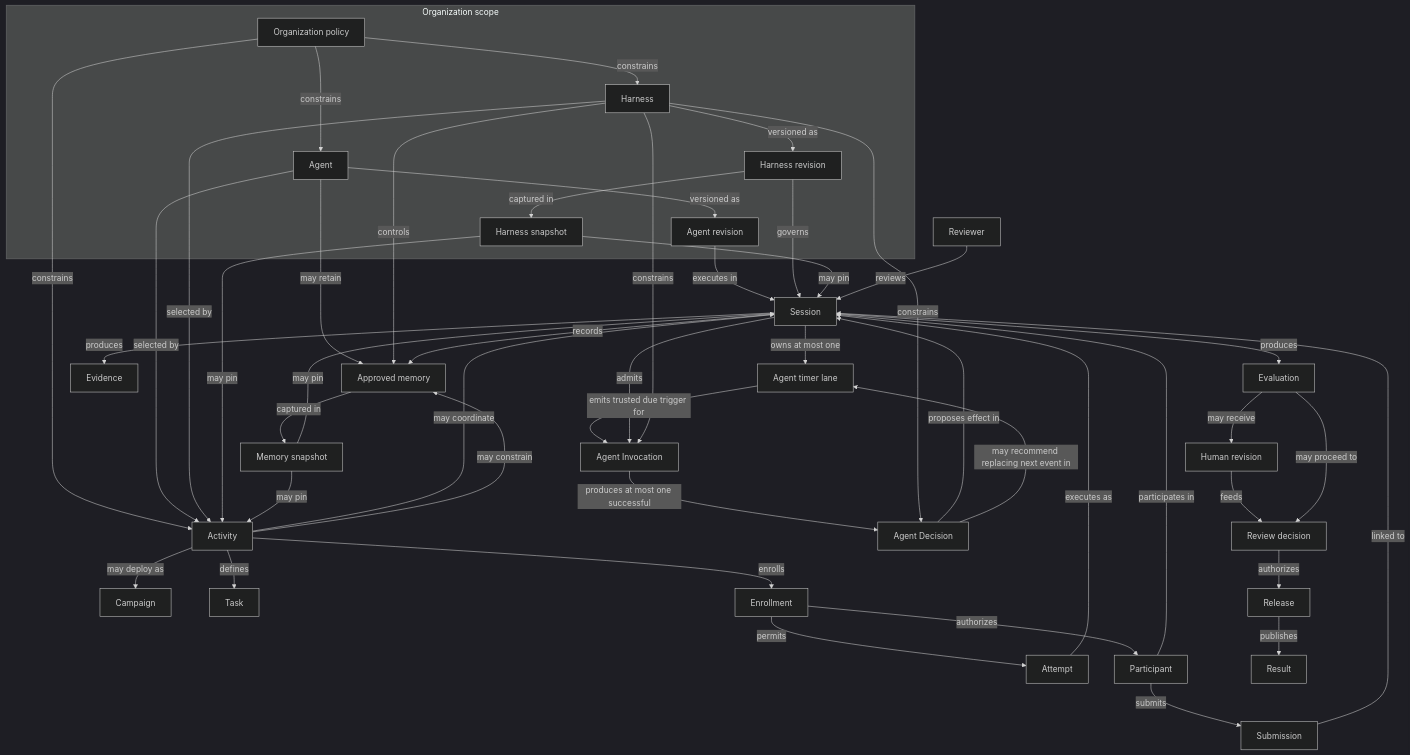
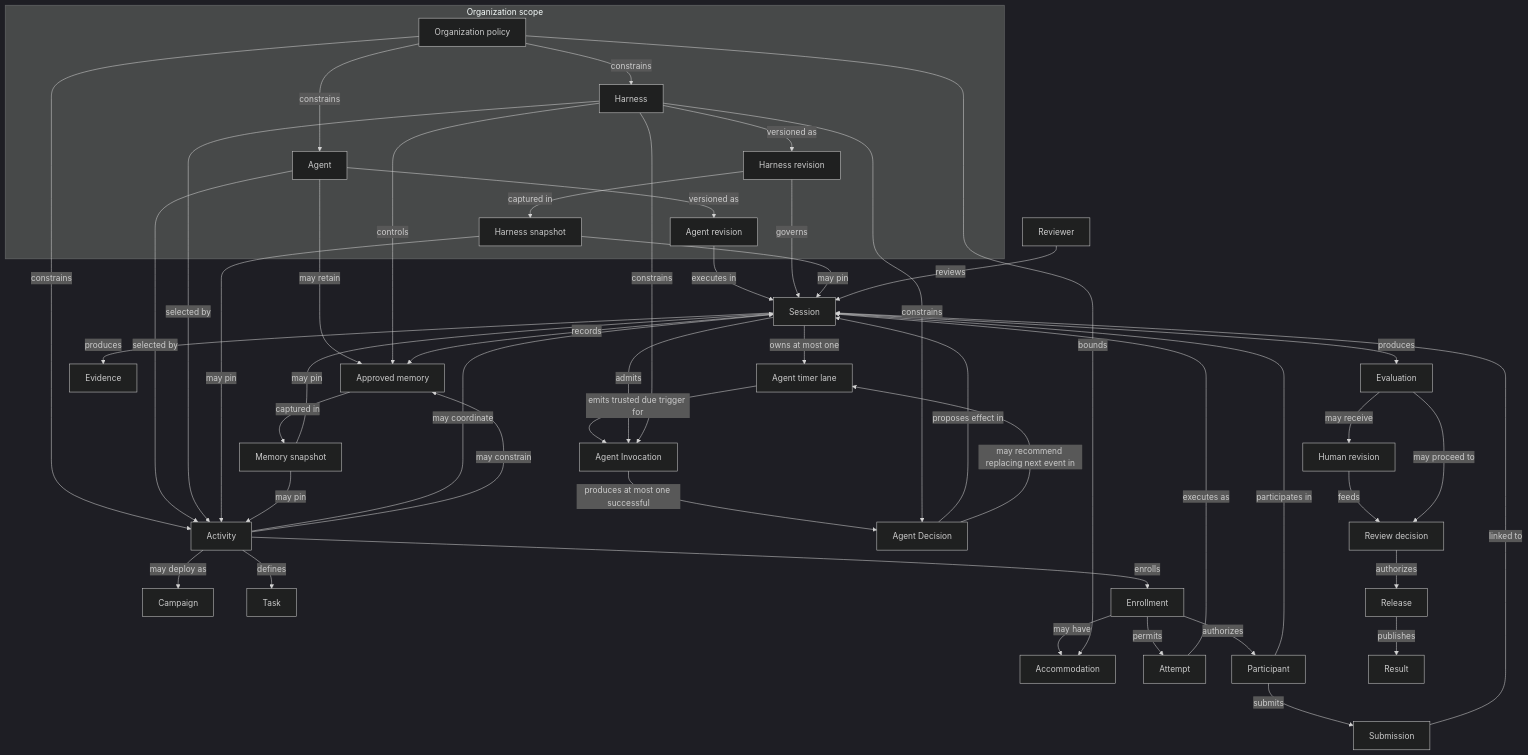
The diagram in docs/product/concept-model.md (trannamtrung1st/flex-agent), drawn with Mermaid (dark theme) before and after one commit. The commit also changed other lines of this file and 9 other files, not shown here.

Commit message:
Approve participant timing and Accommodation contracts so the next P0 slice can proceed with consistent product, lifecycle, UI, and architecture guidance.

````diff
--- a/docs/product/concept-model.md
+++ b/docs/product/concept-model.md
@@ -481,78 +495,81 @@
 ```mermaid
 flowchart TB
   subgraph orgScope [Organization scope]
     OrgPolicy[Organization policy]
     Agent[Agent]
     AgentRevision[Agent revision]
     Harness[Harness]
     HarnessRevision[Harness revision]
     HarnessSnapshot[Harness snapshot]
   end
 
   Activity[Activity]
   Campaign[Campaign]
   Task[Task]
   Enrollment[Enrollment]
+  Accommodation[Accommodation]
   Attempt[Attempt]
   Session[Session]
   TimerLane[Agent timer lane]
   Invocation[Agent Invocation]
   Decision[Agent Decision]
   Submission[Submission]
   Participant[Participant]
   Reviewer[Reviewer]
   Evidence[Evidence]
   Evaluation[Evaluation]
   HumanRevision[Human revision]
   ReviewDecision[Review decision]
   Result[Result]
   Release[Release]
   ApprovedMemory[Approved memory]
   MemorySnapshot[Memory snapshot]
 
   OrgPolicy -->|"constrains"| Agent
   OrgPolicy -->|"constrains"| Harness
   OrgPolicy -->|"constrains"| Activity
   Agent -->|"versioned as"| AgentRevision
   Harness -->|"versioned as"| HarnessRevision
   HarnessRevision -->|"captured in"| HarnessSnapshot
   Agent -->|"selected by"| Activity
   Harness -->|"selected by"| Activity
   HarnessSnapshot -->|"may pin"| Activity
   MemorySnapshot -->|"may pin"| Activity
   Activity -->|"may deploy as"| Campaign
   Activity -->|"defines"| Task
   Activity -->|"enrolls"| Enrollment
   Enrollment -->|"authorizes"| Participant
+  Enrollment -->|"may have"| Accommodation
+  OrgPolicy -->|"bounds"| Accommodation
   Enrollment -->|"permits"| Attempt
   Attempt -->|"executes as"| Session
   Session -->|"owns at most one"| TimerLane
   TimerLane -->|"emits trusted due trigger for"| Invocation
   Session -->|"admits"| Invocation
   Invocation -->|"produces at most one successful"| Decision
   Harness -->|"constrains"| Invocation
   Harness -->|"constrains"| Decision
   Decision -->|"proposes effect in"| Session
   Decision -->|"may recommend replacing next event in"| TimerLane
   Activity -->|"may coordinate"| Session
   AgentRevision -->|"executes in"| Session
   HarnessRevision -->|"governs"| Session
   HarnessSnapshot -->|"may pin"| Session
   MemorySnapshot -->|"may pin"| Session
   Participant -->|"participates in"| Session
   Participant -->|"submits"| Submission
   Submission -->|"linked to"| Session
   Reviewer -->|"reviews"| Session
   Session -->|"produces"| Evidence
   Session -->|"produces"| Evaluation
   Evaluation -->|"may receive"| HumanRevision
   HumanRevision -->|"feeds"| ReviewDecision
   Evaluation -->|"may proceed to"| ReviewDecision
   ReviewDecision -->|"authorizes"| Release
   Release -->|"publishes"| Result
   ApprovedMemory -->|"captured in"| MemorySnapshot
   Agent -->|"may retain"| ApprovedMemory
   Harness -->|"controls"| ApprovedMemory
   Activity -->|"may constrain"| ApprovedMemory
   Session -->|"records"| ApprovedMemory
 ```
````
